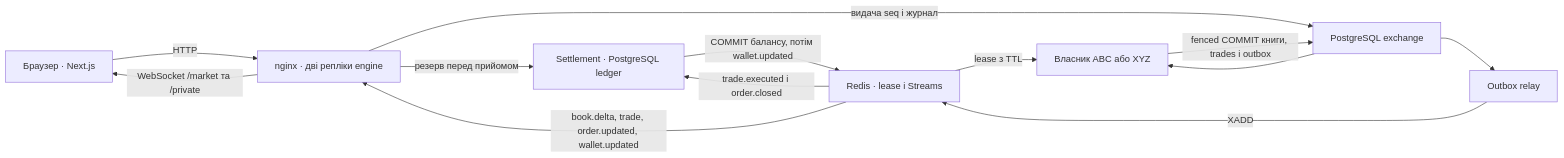
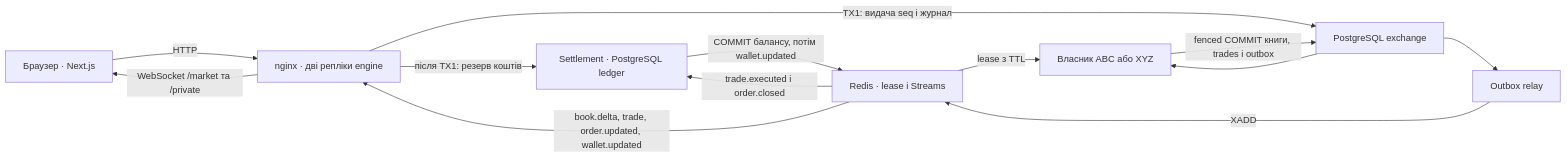
One commit to JuFios/mini-exchange changed the diagram in README.md. Above: the diagram before and after it, drawn with Mermaid. The commit also changed other lines of this file, not shown here.

````diff
--- a/README.md
+++ b/README.md
@@ -141,15 +141,15 @@
 ```mermaid
 flowchart LR
     UI["Браузер · Next.js"] -->|HTTP| LB["nginx · дві репліки engine"]
-    LB -->|резерв перед прийомом| Ledger["Settlement · PostgreSQL ledger"]
-    LB -->|видача seq і журнал| PG["PostgreSQL exchange"]
+    LB -->|після TX1: резерв коштів| Ledger["Settlement · PostgreSQL ledger"]
+    LB -->|TX1: видача seq і журнал| PG["PostgreSQL exchange"]
     PG --> Worker["Власник ABC або XYZ"]
     Redis["Redis · lease і Streams"] -->|lease з TTL| Worker
     Worker -->|fenced COMMIT книги, trades і outbox| PG
     PG --> Relay["Outbox relay"]
     Relay -->|XADD| Redis
     Redis -->|trade.executed і order.closed| Ledger
     Ledger -->|COMMIT балансу, потім wallet.updated| Redis
     Redis -->|book.delta, trade, order.updated, wallet.updated| LB
     LB -->|WebSocket /market та /private| UI
 ```
````
